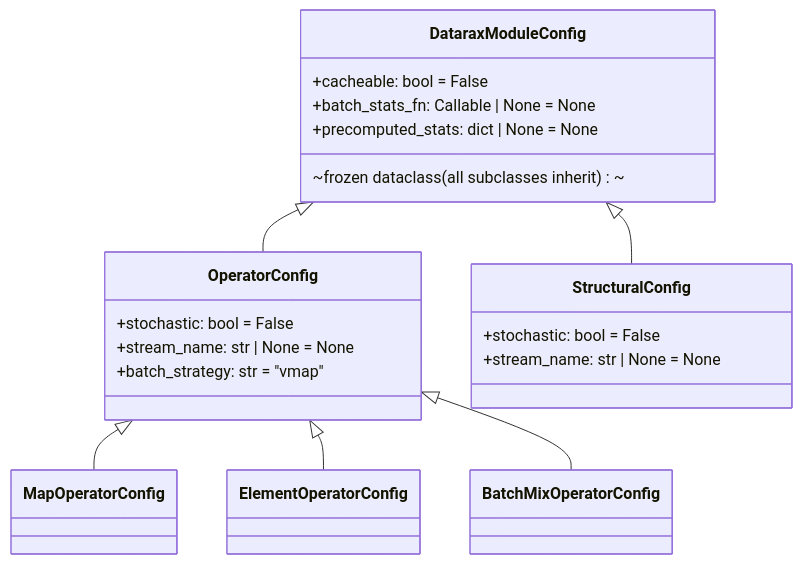
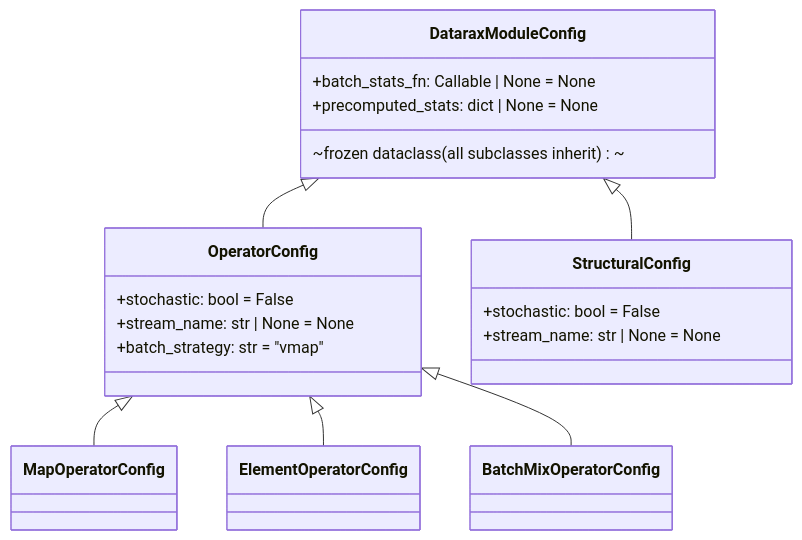
The diagram in docs/examples/quick-reference/config-reference.md (avitai/datarax), drawn with Mermaid before and after one commit. The commit also changed other lines of this file and 31 other files, not shown here.

````diff
--- a/docs/examples/quick-reference/config-reference.md
+++ b/docs/examples/quick-reference/config-reference.md
@@ -7,24 +7,23 @@
 ```mermaid
 classDiagram
     DataraxModuleConfig <|-- OperatorConfig
     DataraxModuleConfig <|-- StructuralConfig
     OperatorConfig <|-- MapOperatorConfig
     OperatorConfig <|-- ElementOperatorConfig
     OperatorConfig <|-- BatchMixOperatorConfig
 
     class DataraxModuleConfig {
-        +cacheable: bool = False
         +batch_stats_fn: Callable | None = None
         +precomputed_stats: dict | None = None
         ~frozen dataclass (all subclasses inherit)~
     }
     class OperatorConfig {
         +stochastic: bool = False
         +stream_name: str | None = None
         +batch_strategy: str = "vmap"
     }
     class StructuralConfig {
         +stochastic: bool = False
         +stream_name: str | None = None
     }
 ```
````
